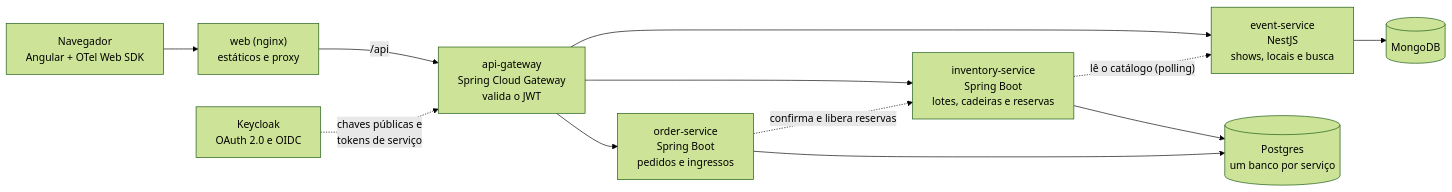
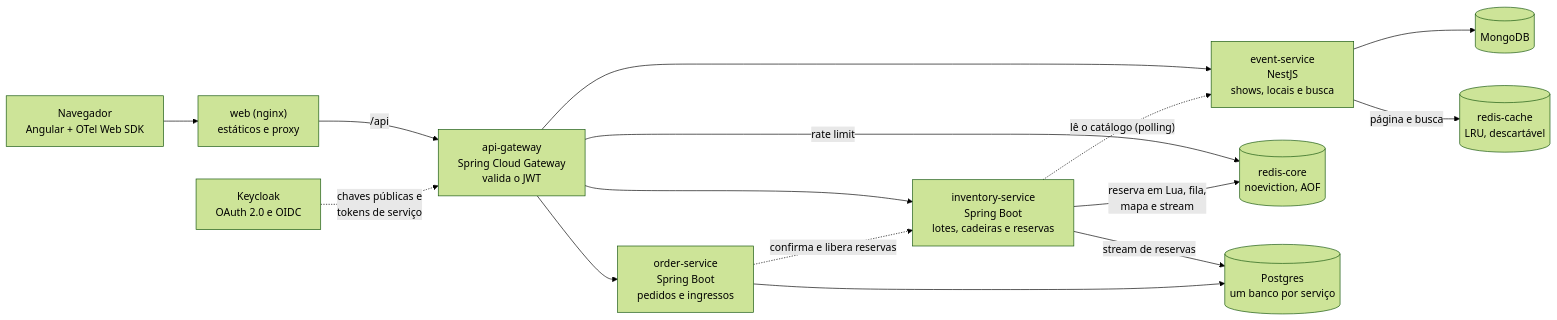
Before and after one commit to CezarGarcia/Lotou: the diagram in README.md, drawn with Mermaid (forest theme). The commit also changed other lines of this file and 14 other files, not shown here.

````diff
--- a/README.md
+++ b/README.md
@@ -100,14 +135,17 @@
 ```mermaid
 flowchart LR
     browser["Navegador<br/>Angular + OTel Web SDK"] --> web["web (nginx)<br/>estáticos e proxy"]
     web -- "/api" --> gw["api-gateway<br/>Spring Cloud Gateway<br/>valida o JWT"]
     gw --> ev["event-service<br/>NestJS<br/>shows, locais e busca"]
     gw --> inv["inventory-service<br/>Spring Boot<br/>lotes, cadeiras e reservas"]
     gw --> ord["order-service<br/>Spring Boot<br/>pedidos e ingressos"]
+    gw -- "rate limit" --> core
     ev --> mongo[("MongoDB")]
-    inv --> pg[("Postgres<br/>um banco por serviço")]
+    ev -- "página e busca" --> cache[("redis-cache<br/>LRU, descartável")]
+    inv -- "reserva em Lua, fila,<br/>mapa e stream" --> core[("redis-core<br/>noeviction, AOF")]
+    inv -- "stream de reservas" --> pg[("Postgres<br/>um banco por serviço")]
     ord --> pg
     inv -. "lê o catálogo (polling)" .-> ev
     ord -. "confirma e libera reservas" .-> inv
     kc["Keycloak<br/>OAuth 2.0 e OIDC"] -. "chaves públicas e<br/>tokens de serviço" .-> gw
 ```
````
